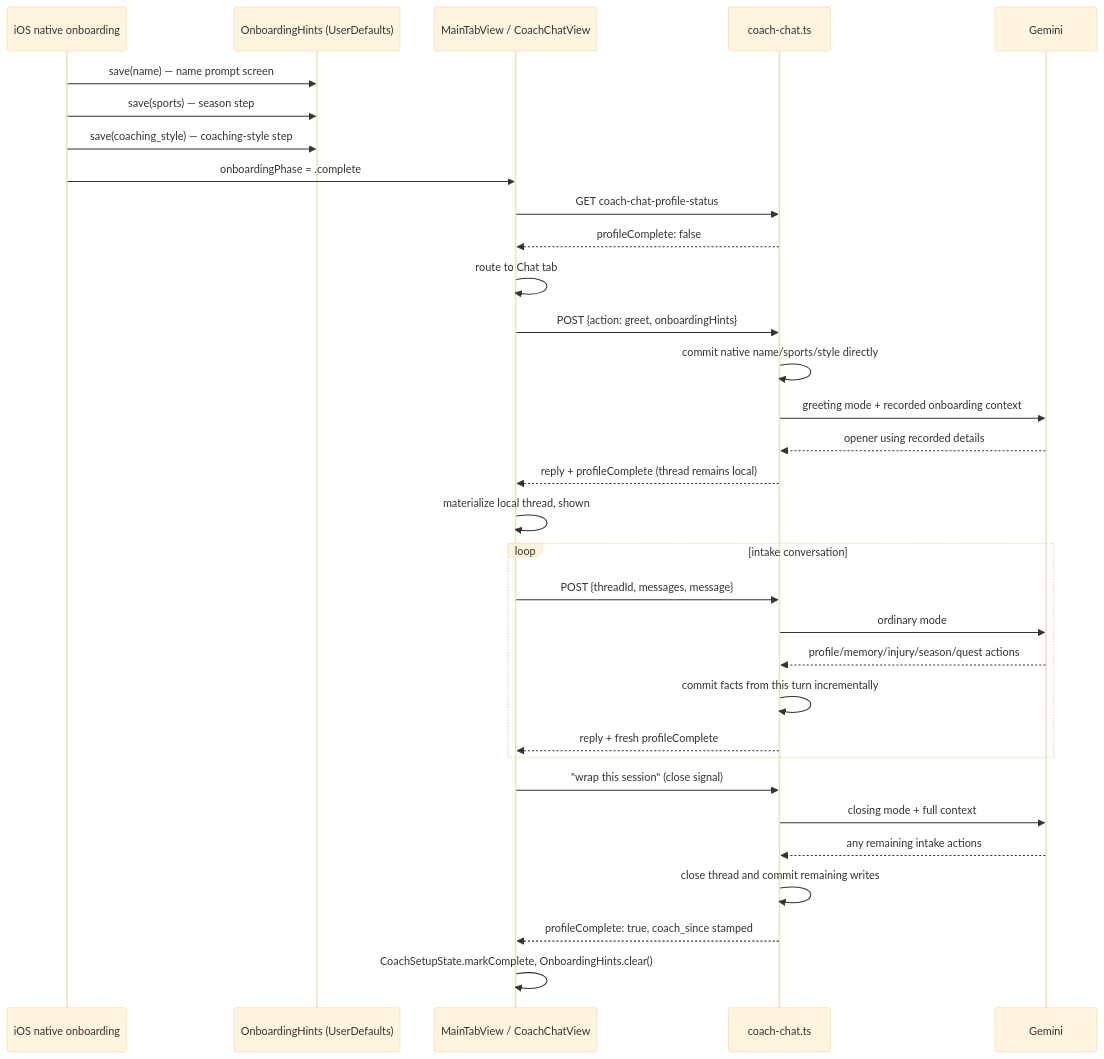
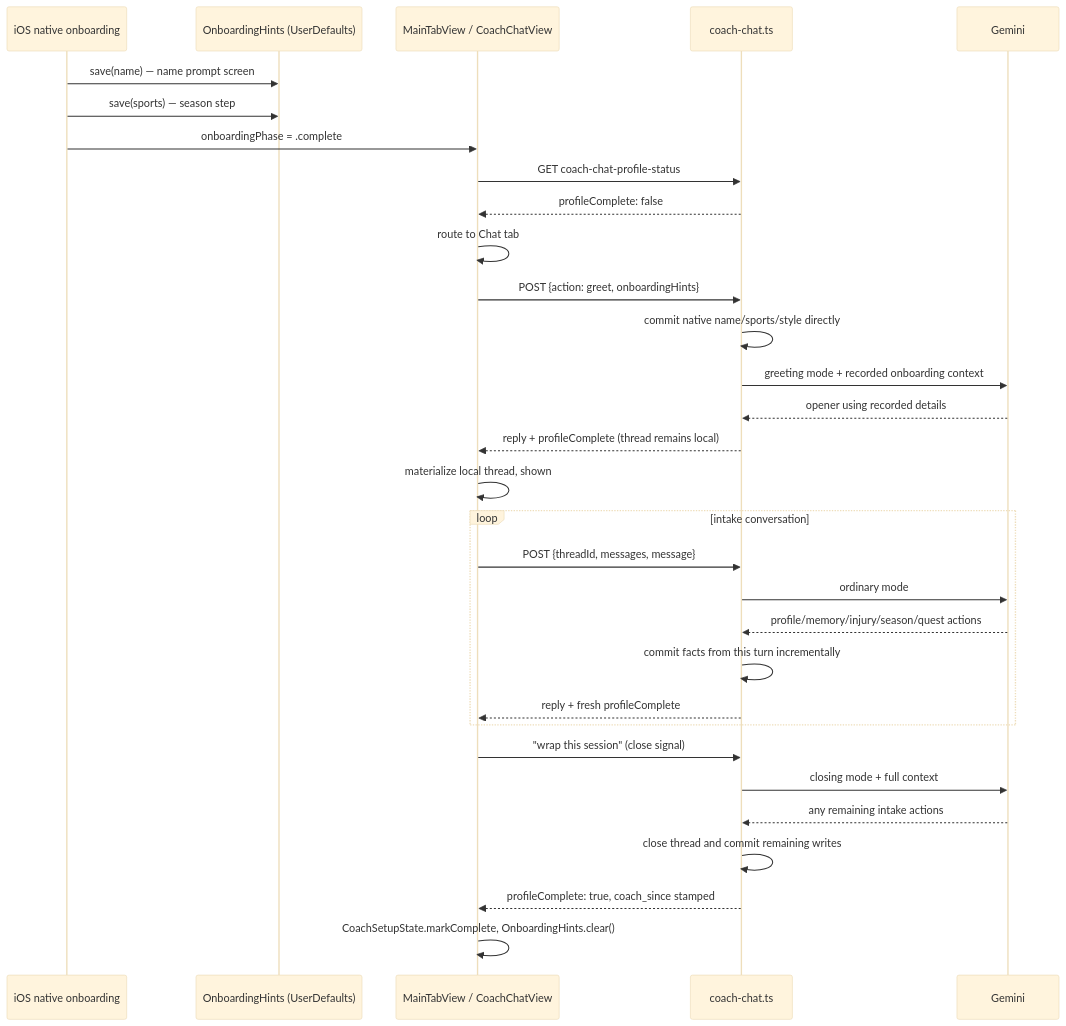
One commit to sibling-shipyard/coach-hq changed the diagram in docs/eng-docs/coach-chat-fsp.md. Above: the diagram before and after it, drawn with Mermaid (base theme). The commit also changed other lines of this file and 5 other files, not shown here.

````diff
--- a/docs/eng-docs/coach-chat-fsp.md
+++ b/docs/eng-docs/coach-chat-fsp.md
@@ -17,34 +17,33 @@
 ```mermaid
 sequenceDiagram
     participant Native as iOS native onboarding
     participant Hints as OnboardingHints (UserDefaults)
     participant App as MainTabView / CoachChatView
     participant Server as coach-chat.ts
     participant Gemini
     Native->>Hints: save(name) — name prompt screen
     Native->>Hints: save(sports) — season step
-    Native->>Hints: save(coaching_style) — coaching-style step
     Native->>App: onboardingPhase = .complete
     App->>Server: GET coach-chat-profile-status
     Server-->>App: profileComplete: false
     App->>App: route to Chat tab
     App->>Server: POST {action: greet, onboardingHints}
     Server->>Server: commit native name/sports/style directly
     Server->>Gemini: greeting mode + recorded onboarding context
     Gemini-->>Server: opener using recorded details
     Server-->>App: reply + profileComplete (thread remains local)
     App->>App: materialize local thread, shown
     loop intake conversation
         App->>Server: POST {threadId, messages, message}
         Server->>Gemini: ordinary mode
         Gemini-->>Server: profile/memory/injury/season/quest actions
         Server->>Server: commit facts from this turn incrementally
         Server-->>App: reply + fresh profileComplete
     end
     App->>Server: "wrap this session" (close signal)
     Server->>Gemini: closing mode + full context
     Gemini-->>Server: any remaining intake actions
     Server->>Server: close thread and commit remaining writes
     Server-->>App: profileComplete: true, coach_since stamped
     App->>App: CoachSetupState.markComplete, OnboardingHints.clear()
 ```
````
